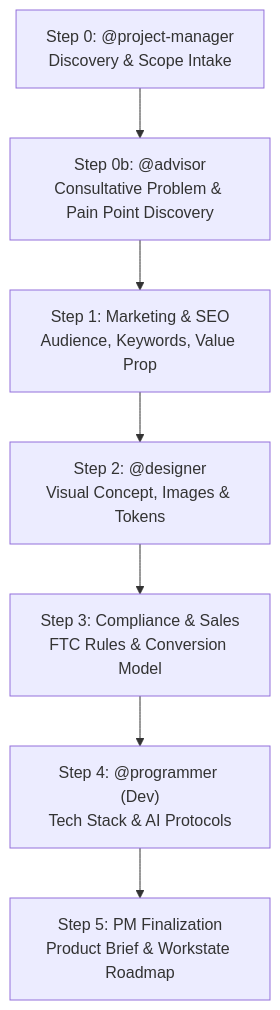
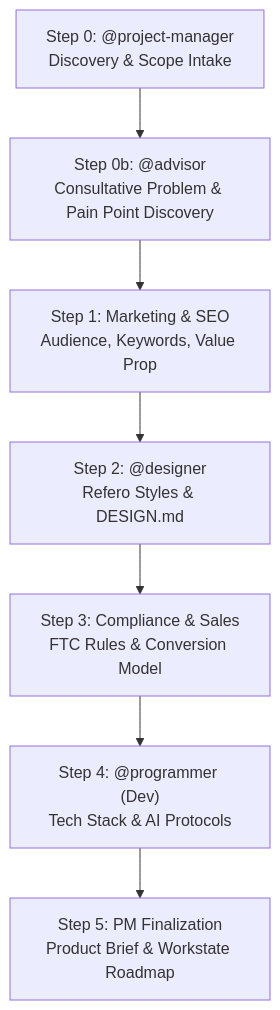
One commit to wedigcode/workforces changed the diagram in skills/site-setup/SKILL.md. Above: the diagram before and after it, drawn with Mermaid. The commit also changed other lines of this file and 12 other files, not shown here.

Commit message:
refactor: update designer agent capabilities and workflows to prioritize Refero-based benchmarks over generic AI design patterns

````diff
--- a/skills/site-setup/SKILL.md
+++ b/skills/site-setup/SKILL.md
@@ -16,9 +16,9 @@
 ```mermaid
 graph TD
     A["Step 0: @project-manager<br/>Discovery & Scope Intake"] --> A2["Step 0b: @advisor<br/>Consultative Problem & Pain Point Discovery"]
     A2 --> B["Step 1: Marketing & SEO<br/>Audience, Keywords, Value Prop"]
-    B --> C["Step 2: @designer<br/>Visual Concept, Images & Tokens"]
+    B --> C["Step 2: @designer<br/>Refero Styles & DESIGN.md"]
     C --> D["Step 3: Compliance & Sales<br/>FTC Rules & Conversion Model"]
     D --> E["Step 4: @programmer (Dev)<br/>Tech Stack & AI Protocols"]
     E --> F["Step 5: PM Finalization<br/>Product Brief & Workstate Roadmap"]
 ```
````
